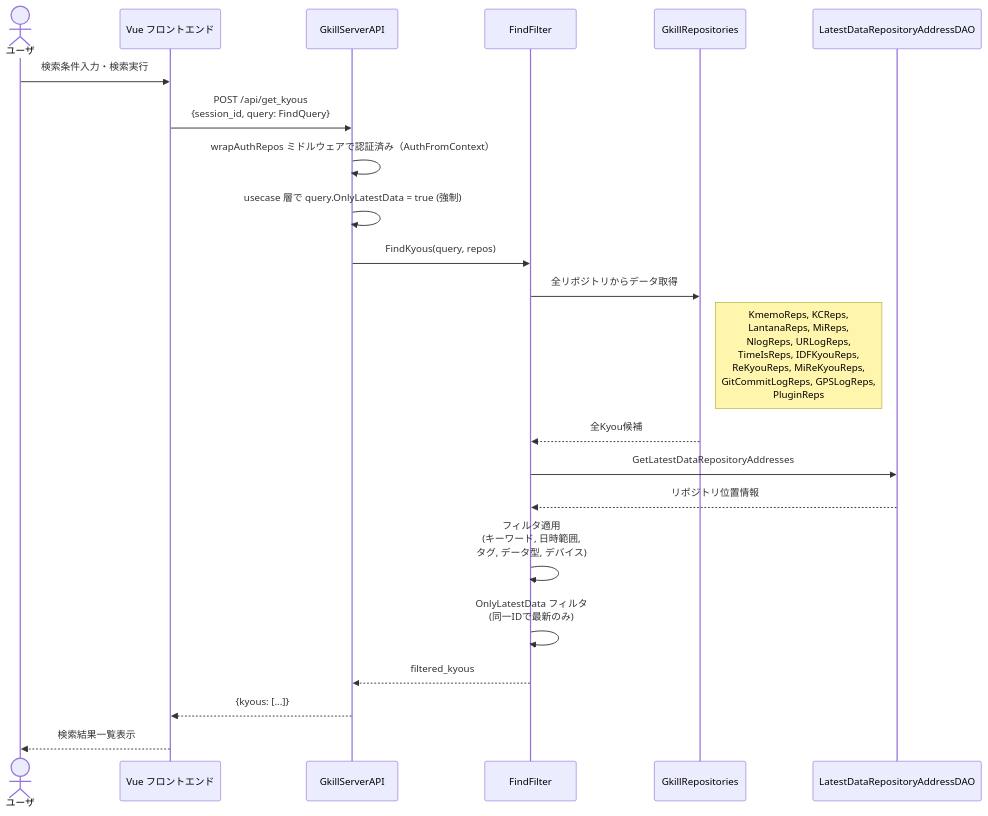
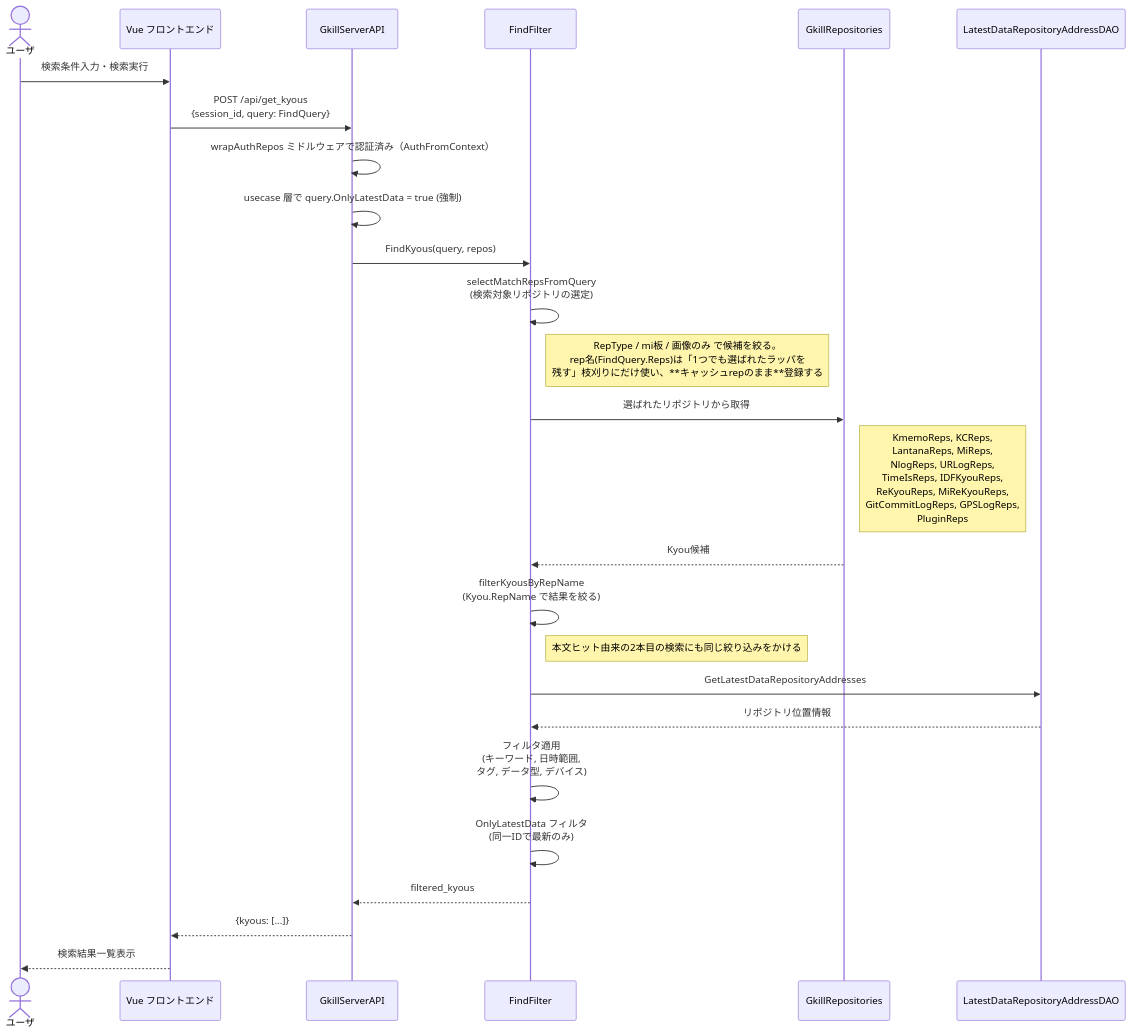
The seventh of 29 diagrams in documents/reverse/sequence-diagrams.md (mt3hr/gkill), drawn with Mermaid before and after one commit. The commit also changed other lines of this file and 43 other files, not shown here.

````diff
--- a/documents/reverse/sequence-diagrams.md
+++ b/documents/reverse/sequence-diagrams.md
@@ -225,25 +225,29 @@
 ```mermaid
 sequenceDiagram
     actor User as ユーザ
     participant UI as Vue フロントエンド
     participant API as GkillServerAPI
     participant Filter as FindFilter
     participant Repos as GkillRepositories
     participant Cache as LatestDataRepositoryAddressDAO
 
     User->>UI: 検索条件入力・検索実行
     UI->>API: POST /api/get_kyous<br>{session_id, query: FindQuery}
     API->>API: wrapAuthRepos ミドルウェアで認証済み（AuthFromContext）
     API->>API: usecase 層で query.OnlyLatestData = true (強制)
     API->>Filter: FindKyous(query, repos)
-    Filter->>Repos: 全リポジトリからデータ取得
+    Filter->>Filter: selectMatchRepsFromQuery<br>(検索対象リポジトリの選定)
+    Note right of Filter: RepType / mi板 / 画像のみ で候補を絞る。<br>rep名(FindQuery.Reps)は「1つでも選ばれたラッパを<br>残す」枝刈りにだけ使い、**キャッシュrepのまま**登録する
+    Filter->>Repos: 選ばれたリポジトリから取得
     Note right of Repos: KmemoReps, KCReps,<br>LantanaReps, MiReps,<br>NlogReps, URLogReps,<br>TimeIsReps, IDFKyouReps,<br>ReKyouReps, MiReKyouReps,<br>GitCommitLogReps, GPSLogReps,<br>PluginReps
-    Repos-->>Filter: 全Kyou候補
+    Repos-->>Filter: Kyou候補
+    Filter->>Filter: filterKyousByRepName<br>(Kyou.RepName で結果を絞る)
+    Note right of Filter: 本文ヒット由来の2本目の検索にも同じ絞り込みをかける
     Filter->>Cache: GetLatestDataRepositoryAddresses
     Cache-->>Filter: リポジトリ位置情報
     Filter->>Filter: フィルタ適用<br>(キーワード, 日時範囲,<br>タグ, データ型, デバイス)
     Filter->>Filter: OnlyLatestData フィルタ<br>(同一IDで最新のみ)
     Filter-->>API: filtered_kyous
     API-->>UI: {kyous: [...]}
     UI-->>User: 検索結果一覧表示
 ```
````
